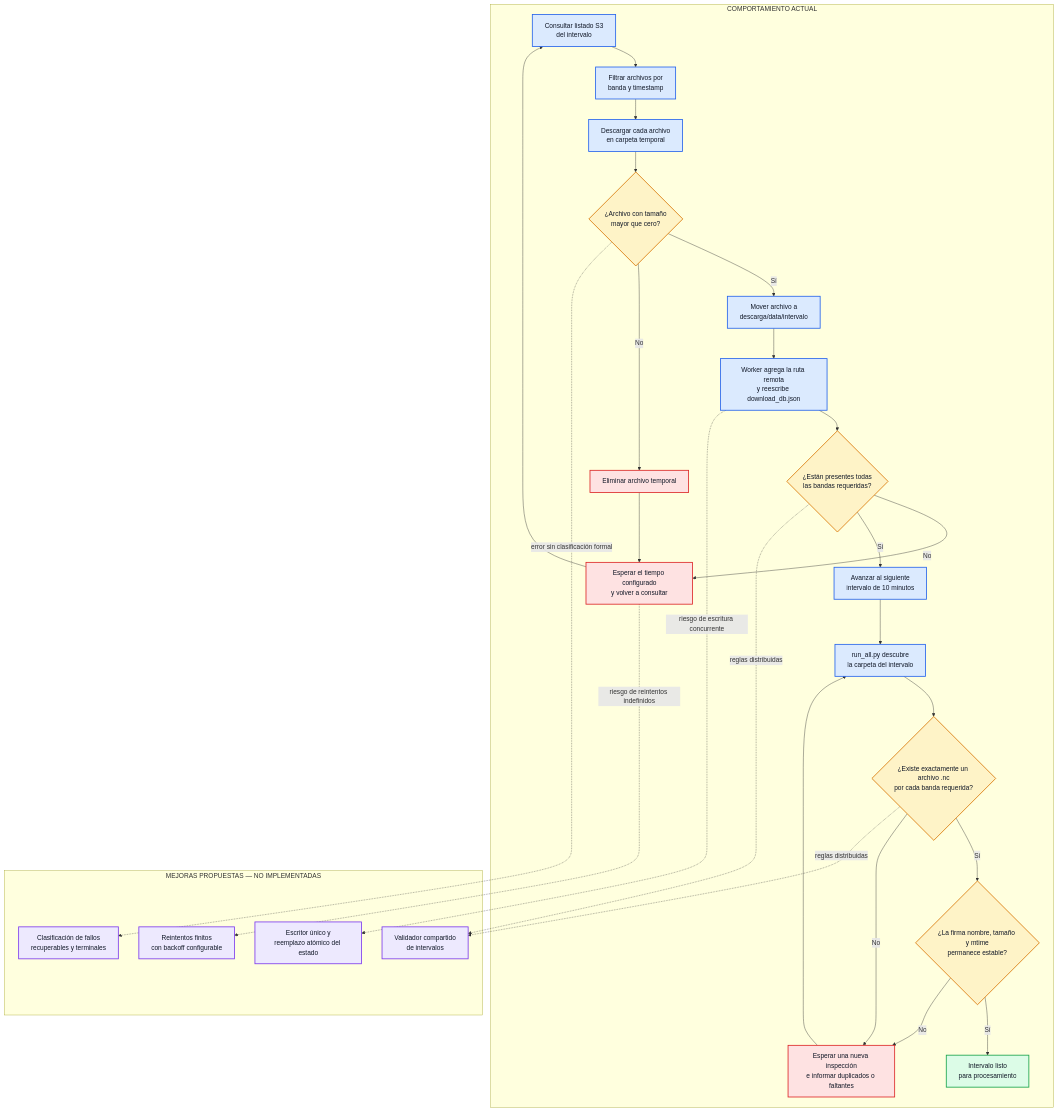
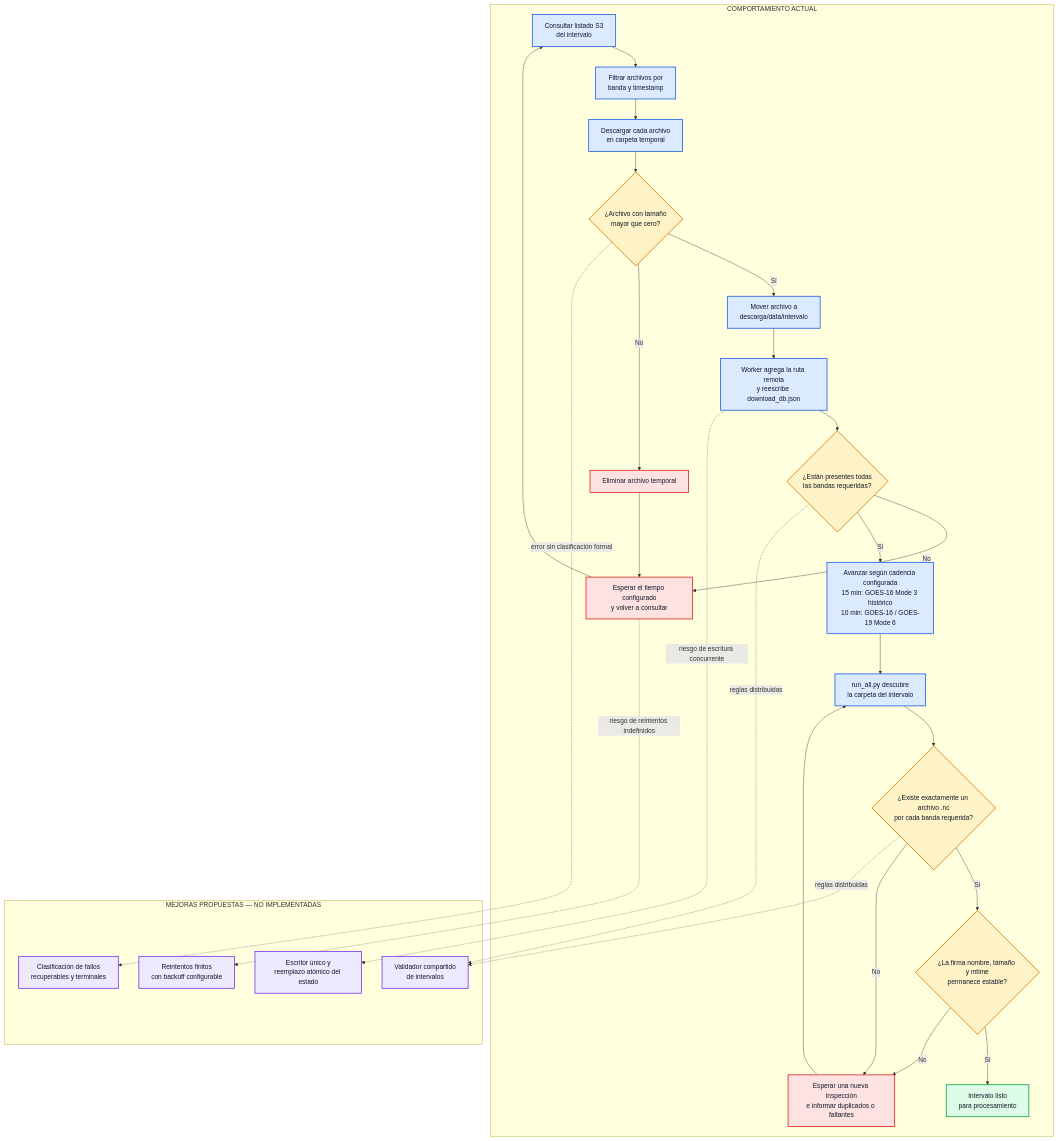
Before and after one commit to Geoespectro/P3_MDTS: the diagram in docs/documentacion_proyecto/diagramas/fuente_mermaid/04_descarga_validacion_y_estado.mmd, drawn with Mermaid. The commit also changed 33 other files, not shown here.

```diff
--- a/docs/documentacion_proyecto/diagramas/fuente_mermaid/04_descarga_validacion_y_estado.mmd
+++ b/docs/documentacion_proyecto/diagramas/fuente_mermaid/04_descarga_validacion_y_estado.mmd
@@ -1,70 +1,70 @@
 flowchart TB
 
     subgraph ACTUAL["COMPORTAMIENTO ACTUAL"]
         A["Consultar listado S3<br/>del intervalo"]
         B["Filtrar archivos por<br/>banda y timestamp"]
         C["Descargar cada archivo<br/>en carpeta temporal"]
         D{"¿Archivo con tamaño<br/>mayor que cero?"}
         E["Mover archivo a<br/>descarga/data/intervalo"]
         F["Worker agrega la ruta remota<br/>y reescribe download_db.json"]
         G["Eliminar archivo temporal"]
         H{"¿Están presentes todas<br/>las bandas requeridas?"}
         I["Esperar el tiempo configurado<br/>y volver a consultar"]
-        J["Avanzar al siguiente<br/>intervalo de 10 minutos"]
+        J["Avanzar según cadencia configurada<br/>15 min: GOES-16 Mode 3 histórico<br/>10 min: GOES-16 / GOES-19 Mode 6"]
         K["run_all.py descubre<br/>la carpeta del intervalo"]
         L{"¿Existe exactamente un archivo .nc<br/>por cada banda requerida?"}
         M{"¿La firma nombre, tamaño y mtime<br/>permanece estable?"}
         N["Intervalo listo<br/>para procesamiento"]
         O["Esperar una nueva inspección<br/>e informar duplicados o faltantes"]
 
         A --> B
         B --> C
         C --> D
 
         D -- "Sí" --> E
         E --> F
         F --> H
 
         D -- "No" --> G
         G --> I
 
         H -- "No" --> I
         I --> A
 
         H -- "Sí" --> J
         J --> K
         K --> L
 
         L -- "Sí" --> M
         L -- "No" --> O
 
         M -- "Sí" --> N
         M -- "No" --> O
 
         O --> K
     end
 
     subgraph PROPUESTA["MEJORAS PROPUESTAS — NO IMPLEMENTADAS"]
         P["Escritor único y<br/>reemplazo atómico del estado"]
         Q["Reintentos finitos<br/>con backoff configurable"]
         R["Validador compartido<br/>de intervalos"]
         S["Clasificación de fallos<br/>recuperables y terminales"]
     end
 
     F -. "riesgo de escritura concurrente" .-> P
     I -. "riesgo de reintentos indefinidos" .-> Q
     H -. "reglas distribuidas" .-> R
     L -. "reglas distribuidas" .-> R
     D -. "error sin clasificación formal" .-> S
 
     classDef acquisition fill:#dbeafe,stroke:#2563eb,stroke-width:2px,color:#111827
     classDef decision fill:#fef3c7,stroke:#d97706,stroke-width:2px,color:#111827
     classDef retry fill:#fee2e2,stroke:#dc2626,stroke-width:2px,color:#111827
     classDef success fill:#dcfce7,stroke:#16a34a,stroke-width:2px,color:#111827
     classDef proposed fill:#ede9fe,stroke:#7c3aed,stroke-width:2px,color:#111827
 
     class A,B,C,E,F,J,K acquisition
     class D,H,L,M decision
     class G,I,O retry
     class N success
     class P,Q,R,S proposed
```
